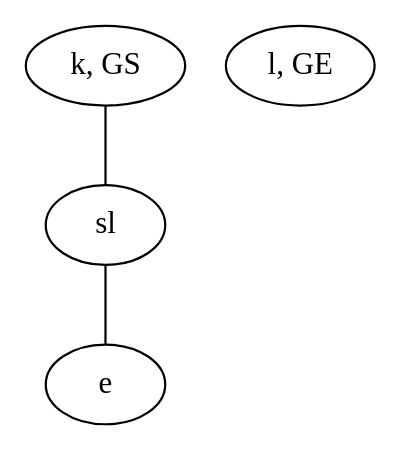
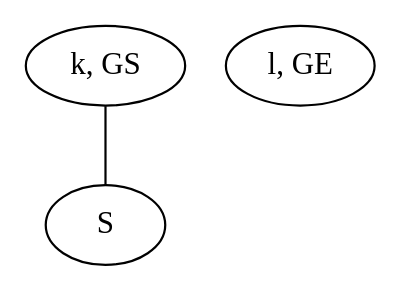
The diagram in data/VGLC/Zelda/rules/1/8_K-L.dot (schrum2/MM-NEAT), drawn with Graphviz before and after one commit. The commit also changed 21 other files, not shown here.

```diff
--- a/data/VGLC/Zelda/rules/1/8_K-L.dot
+++ b/data/VGLC/Zelda/rules/1/8_K-L.dot
@@ -1,8 +1,6 @@
 graph {
-bZPY [label="k, GS"]
-pGbb [label="l, GE"]
-dgyE [label="sl"]
-lnRE [label="e"]
-bZPY -- dgyE
-dgyE -- lnRE
+XcJE [label="k, GS"]
+GSGH [label="l, GE"]
+FwTd [label="S"]
+XcJE -- FwTd
 }
```
